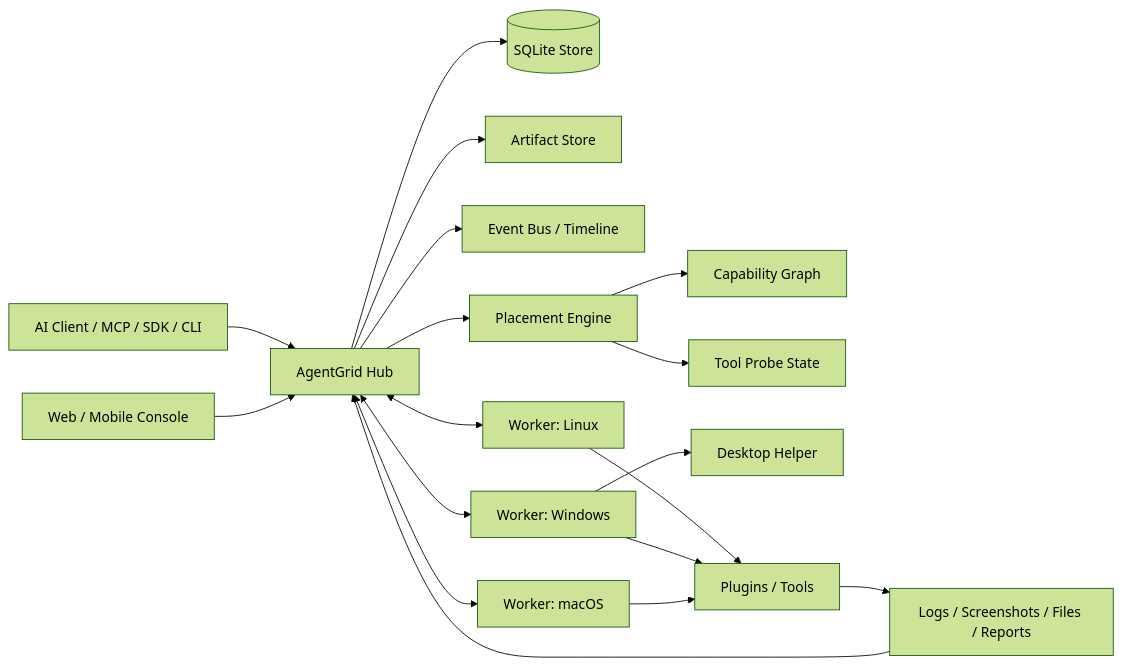
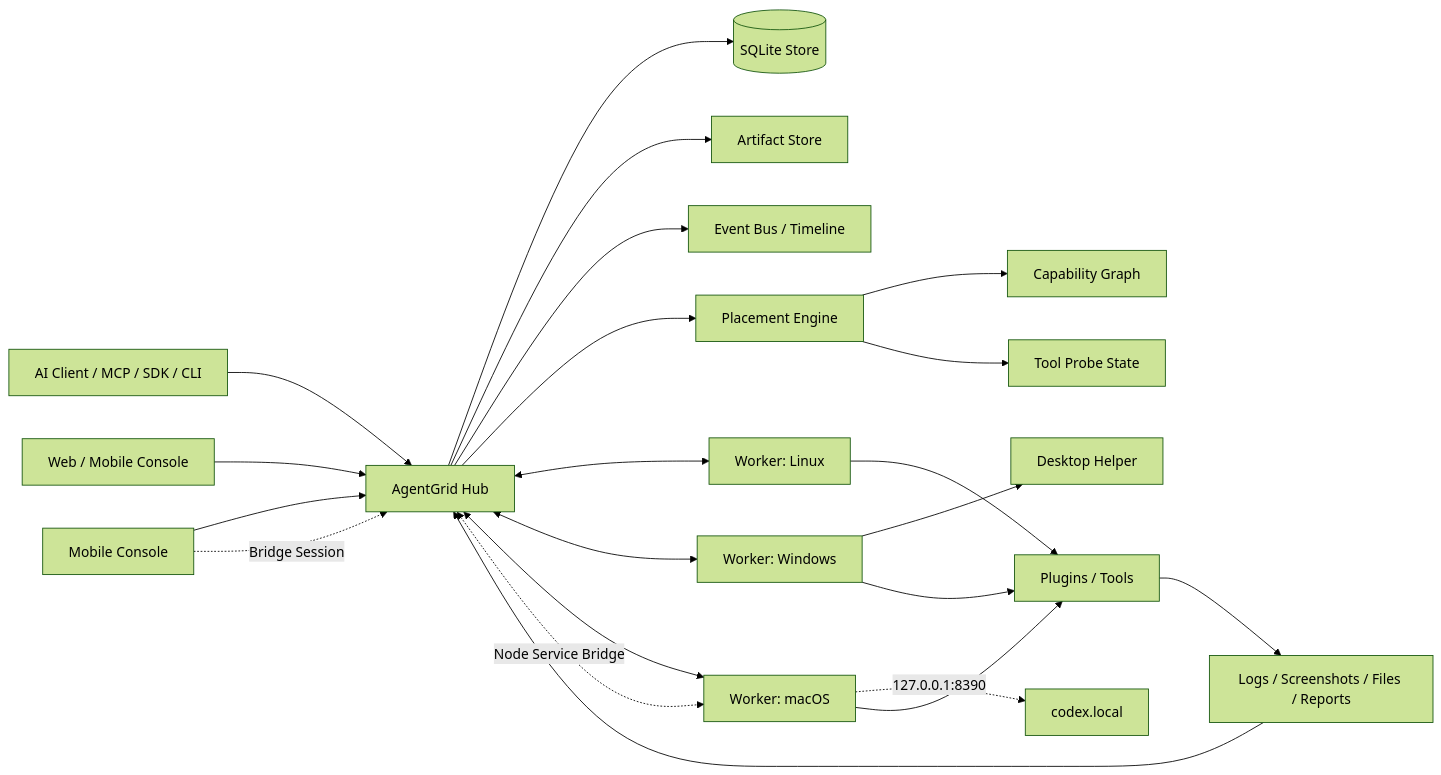
The diagram in docs/architecture.md (hanfeihu/agentgrid), drawn with Mermaid (forest theme) before and after one commit. The commit also changed other lines of this file and 44 other files, not shown here.

Commit message:
Add node port bridge runtime and product hardening

````diff
--- a/docs/architecture.md
+++ b/docs/architecture.md
@@ -9,20 +9,24 @@
 ```mermaid
 flowchart LR
   AI["AI Client / MCP / SDK / CLI"] --> Hub["AgentGrid Hub"]
   Console["Web / Mobile Console"] --> Hub
   Hub --> DB[("SQLite Store")]
   Hub --> Artifacts["Artifact Store"]
   Hub --> Events["Event Bus / Timeline"]
   Hub --> Placement["Placement Engine"]
   Placement --> Graph["Capability Graph"]
   Placement --> Probes["Tool Probe State"]
   Hub <--> W1["Worker: Linux"]
   Hub <--> W2["Worker: Windows"]
   Hub <--> W3["Worker: macOS"]
+  Mobile["Mobile Console"] --> Hub
+  Mobile -. "Bridge Session" .-> Hub
+  Hub <-. "Node Service Bridge" .-> W3
+  W3 -. "127.0.0.1:8390" .-> Codex["codex.local"]
   W2 --> Desktop["Desktop Helper"]
   W1 --> Plugins["Plugins / Tools"]
   W2 --> Plugins
   W3 --> Plugins
   Plugins --> Evidence["Logs / Screenshots / Files / Reports"]
   Evidence --> Hub
 ```
````
